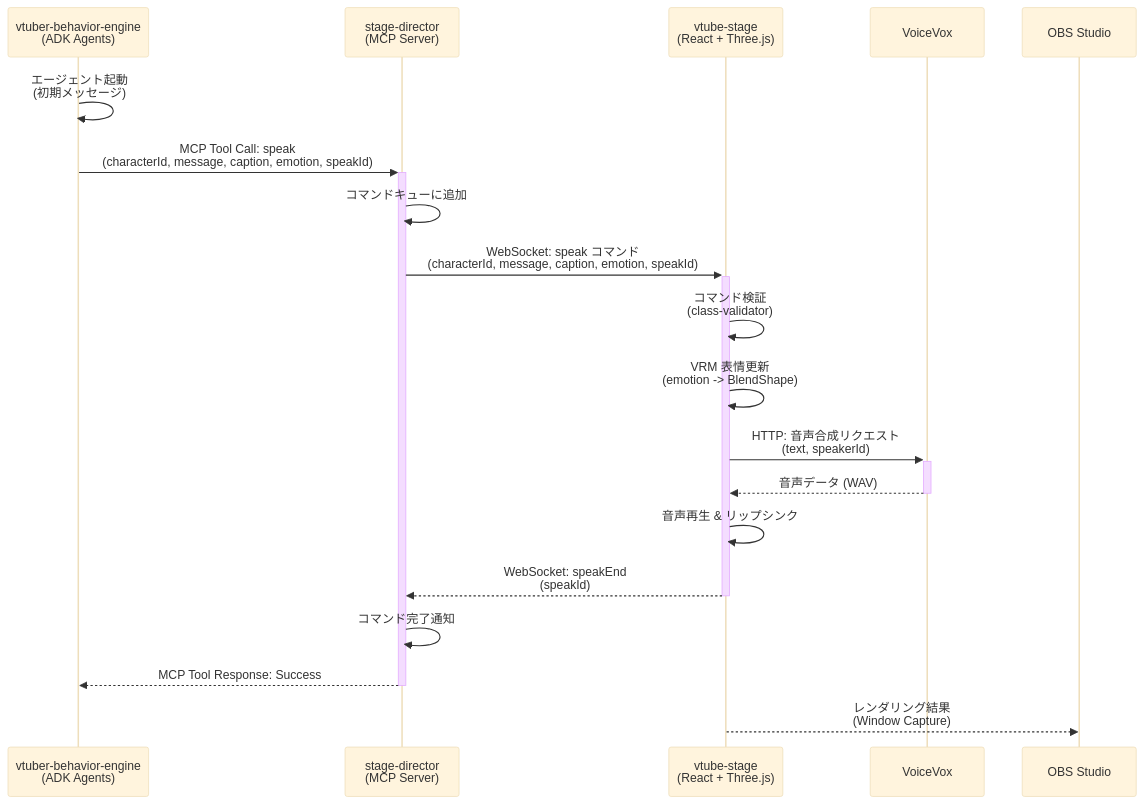
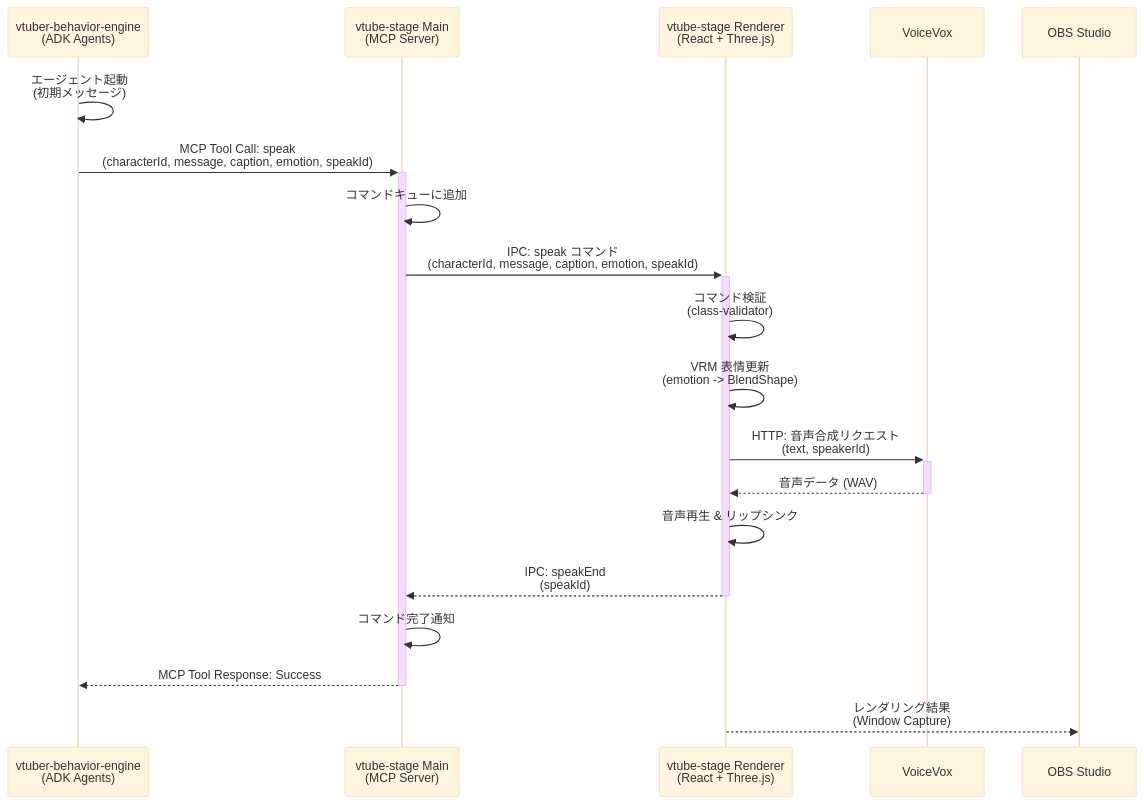
One commit to LongbowXXX/ai-tuber changed the first of 3 diagrams in docs/architecture/key-flows.md. Above: the diagram before and after it, drawn with Mermaid (base theme). The commit also changed other lines of this file and 4 other files, not shown here.

Commit message:
docs: Add initial architectural documentation covering directory structure, key flows, overview, and tech stack, and update README.

````diff
--- a/docs/architecture/key-flows.md
+++ b/docs/architecture/key-flows.md
@@ -40,22 +39,22 @@
 ```mermaid
 sequenceDiagram
     participant VBE as vtuber-behavior-engine<br/>(ADK Agents)
-    participant SD as stage-director<br/>(MCP Server)
-    participant VS as vtube-stage<br/>(React + Three.js)
+    participant Main as vtube-stage Main<br/>(MCP Server)
+    participant Renderer as vtube-stage Renderer<br/>(React + Three.js)
     participant VV as VoiceVox
     participant OBS as OBS Studio
 
     VBE ->> VBE: エージェント起動<br/>(初期メッセージ)
-    VBE ->>+ SD: MCP Tool Call: speak<br/>(characterId, message, caption, emotion, speakId)
-    SD ->> SD: コマンドキューに追加
-    SD ->>+ VS: WebSocket: speak コマンド<br/>(characterId, message, caption, emotion, speakId)
-    VS ->> VS: コマンド検証<br/>(class-validator)
-    VS ->> VS: VRM 表情更新<br/>(emotion -> BlendShape)
-    VS ->>+ VV: HTTP: 音声合成リクエスト<br/>(text, speakerId)
-    VV -->>- VS: 音声データ (WAV)
-    VS ->> VS: 音声再生 & リップシンク
-    VS -->>- SD: WebSocket: speakEnd<br/>(speakId)
-    SD ->> SD: コマンド完了通知
-    SD -->>- VBE: MCP Tool Response: Success
-    VS -->> OBS: レンダリング結果<br/>(Window Capture)
+    VBE ->>+ Main: MCP Tool Call: speak<br/>(characterId, message, caption, emotion, speakId)
+    Main ->> Main: コマンドキューに追加
+    Main ->>+ Renderer: IPC: speak コマンド<br/>(characterId, message, caption, emotion, speakId)
+    Renderer ->> Renderer: コマンド検証<br/>(class-validator)
+    Renderer ->> Renderer: VRM 表情更新<br/>(emotion -> BlendShape)
+    Renderer ->>+ VV: HTTP: 音声合成リクエスト<br/>(text, speakerId)
+    VV -->>- Renderer: 音声データ (WAV)
+    Renderer ->> Renderer: 音声再生 & リップシンク
+    Renderer -->>- Main: IPC: speakEnd<br/>(speakId)
+    Main ->> Main: コマンド完了通知
+    Main -->>- VBE: MCP Tool Response: Success
+    Renderer -->> OBS: レンダリング結果<br/>(Window Capture)
 ```
````
